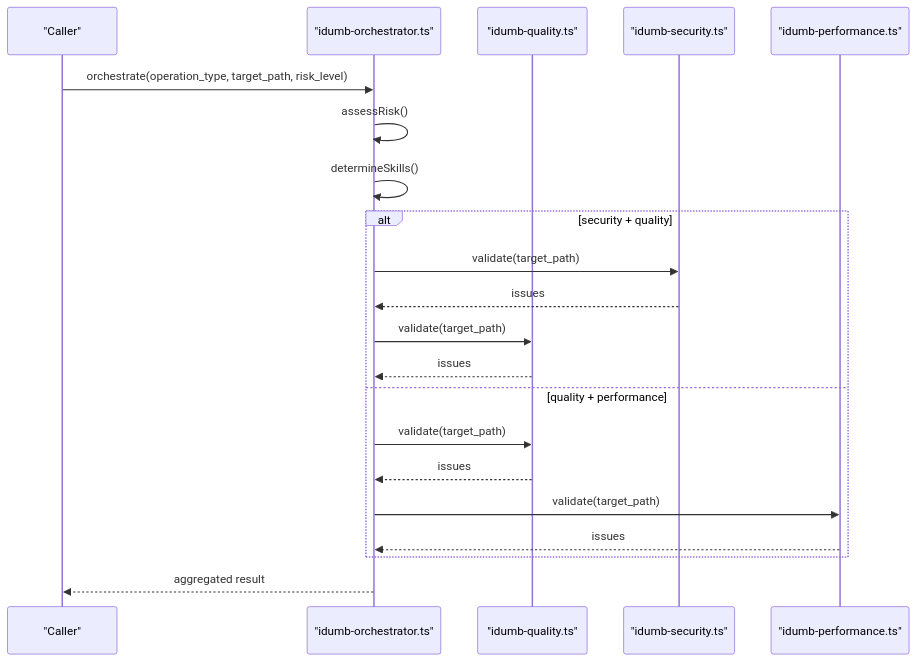
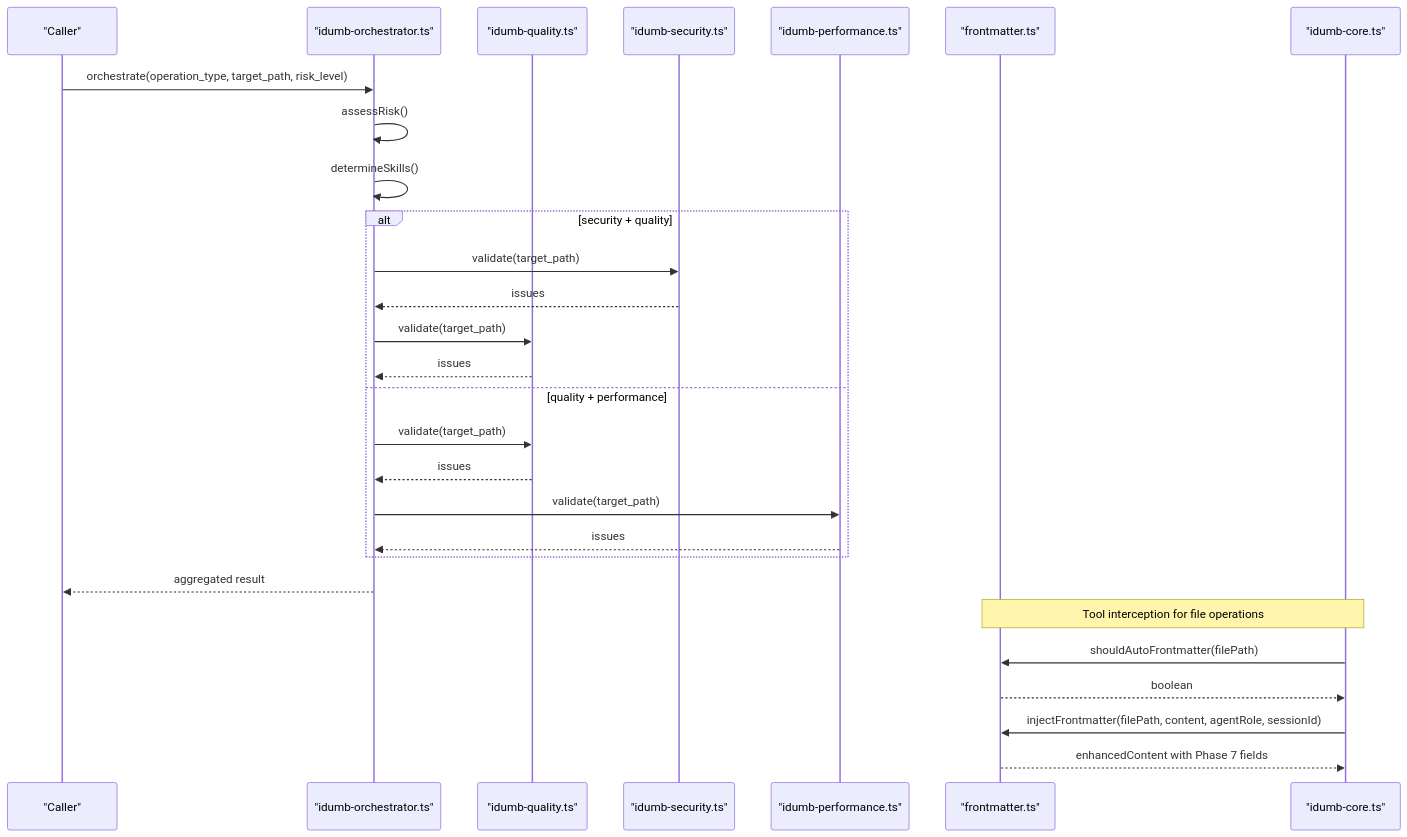
The second of 4 diagrams in .qoder/repowiki/en/content/Tool System/Utility Tools.md (shynlee04/idumb-plugin), drawn with Mermaid before and after one commit. The commit also changed other lines of this file and 19 other files, not shown here.

````diff
--- a/.qoder/repowiki/en/content/Tool System/Utility Tools.md
+++ b/.qoder/repowiki/en/content/Tool System/Utility Tools.md
@@ -123,23 +146,30 @@
 ```mermaid
 sequenceDiagram
 participant Caller as "Caller"
 participant Orchestrator as "idumb-orchestrator.ts"
 participant Quality as "idumb-quality.ts"
 participant Security as "idumb-security.ts"
 participant Perf as "idumb-performance.ts"
+participant Frontmatter as "frontmatter.ts"
+participant Core as "idumb-core.ts"
 Caller->>Orchestrator : orchestrate(operation_type, target_path, risk_level)
 Orchestrator->>Orchestrator : assessRisk()
 Orchestrator->>Orchestrator : determineSkills()
 alt security + quality
 Orchestrator->>Security : validate(target_path)
 Security-->>Orchestrator : issues
 Orchestrator->>Quality : validate(target_path)
 Quality-->>Orchestrator : issues
 else quality + performance
 Orchestrator->>Quality : validate(target_path)
 Quality-->>Orchestrator : issues
 Orchestrator->>Perf : validate(target_path)
 Perf-->>Orchestrator : issues
 end
 Orchestrator-->>Caller : aggregated result
+Note over Core,Frontmatter : Tool interception for file operations
+Core->>Frontmatter : shouldAutoFrontmatter(filePath)
+Frontmatter-->>Core : boolean
+Core->>Frontmatter : injectFrontmatter(filePath, content, agentRole, sessionId)
+Frontmatter-->>Core : enhancedContent with Phase 7 fields
 ```
````
